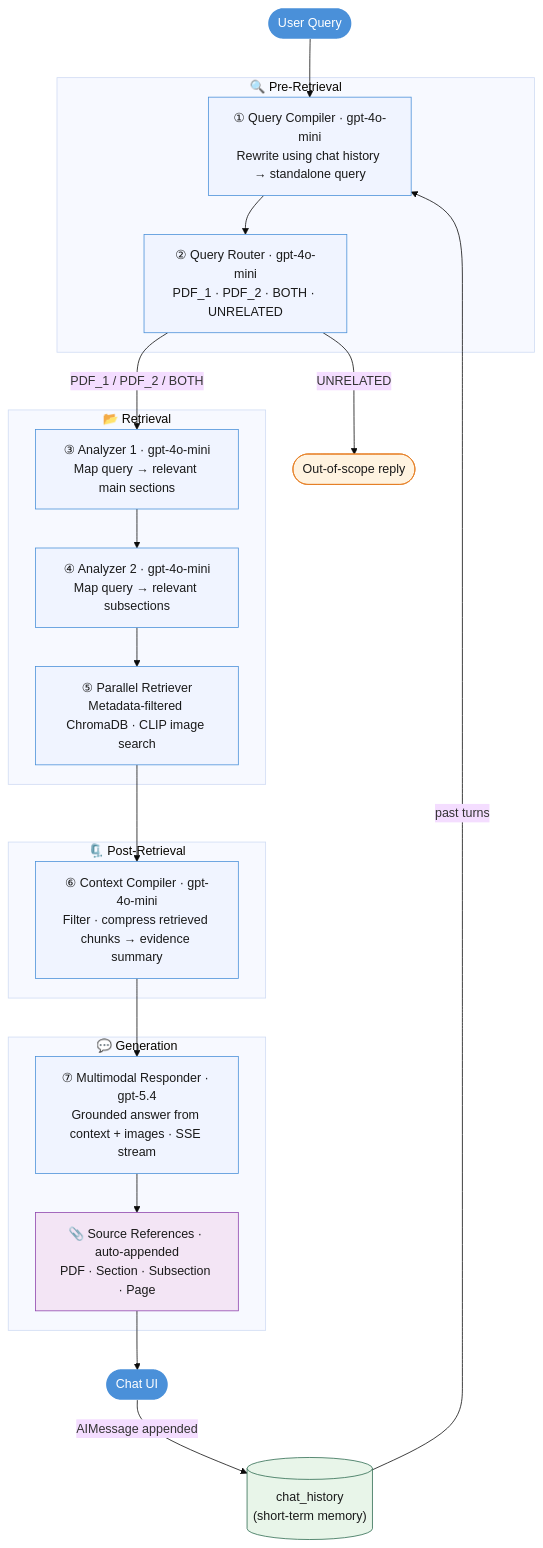
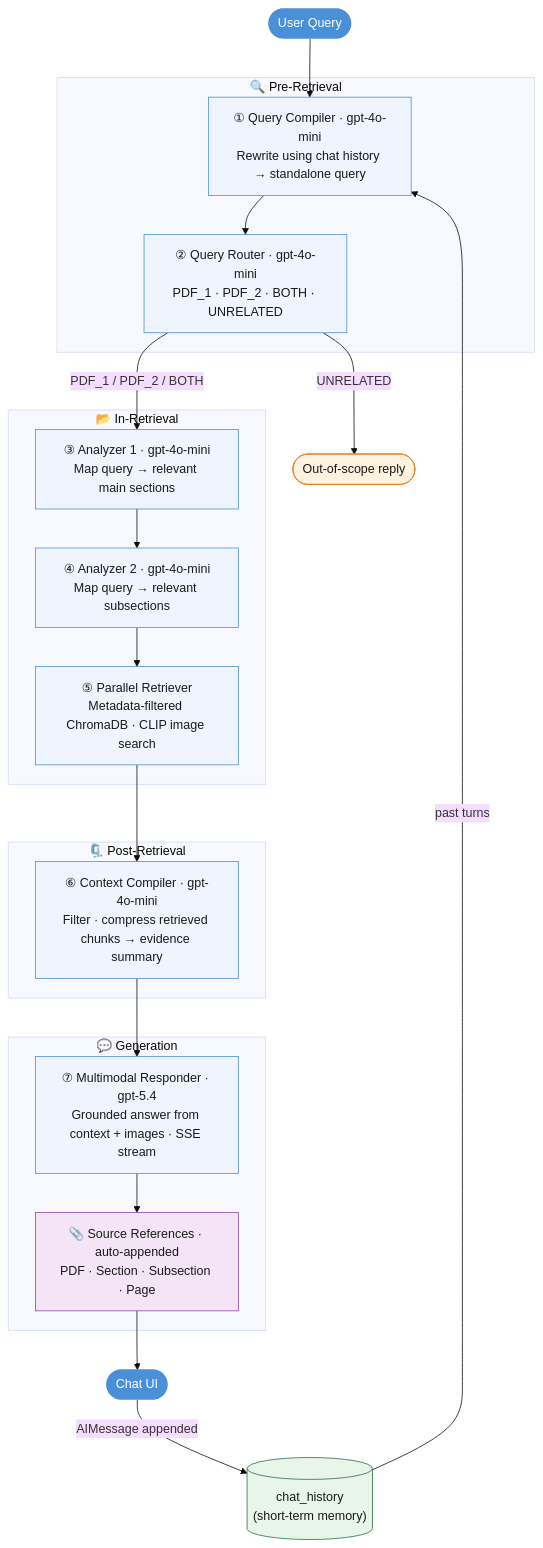
The second of 2 diagrams in README.md (qing123777/multimodal-rag-pipeline), drawn with Mermaid (base theme) before and after one commit.

````diff
--- a/README.md
+++ b/README.md
@@ -70,44 +70,44 @@
 ```mermaid
 flowchart TD
     classDef proc  fill:#f0f4ff,stroke:#4a90d9,color:#1a1a1a
     classDef store fill:#e8f5e9,stroke:#2d6a4f,color:#1a1a1a
     classDef src   fill:#4a90d9,color:#fff,stroke:none
     classDef ref   fill:#f3e5f5,stroke:#8e44ad,color:#1a1a1a
     classDef guard fill:#fff3e0,stroke:#e67e22,color:#1a1a1a
 
     U([User Query]):::src
     CH[("chat_history\n(short-term memory)")]:::store
 
     subgraph PRE["🔍 Pre-Retrieval"]
         A["① Query Compiler · gpt-4o-mini\nRewrite using chat history → standalone query"]:::proc
         B["② Query Router · gpt-4o-mini\nPDF_1 · PDF_2 · BOTH · UNRELATED"]:::proc
     end
 
-    subgraph RET["📂 Retrieval"]
+    subgraph RET["📂 In-Retrieval"]
         C["③ Analyzer 1 · gpt-4o-mini\nMap query → relevant main sections"]:::proc
         D["④ Analyzer 2 · gpt-4o-mini\nMap query → relevant subsections"]:::proc
         E["⑤ Parallel Retriever\nMetadata-filtered ChromaDB · CLIP image search"]:::proc
     end
 
     subgraph POST["🗜️ Post-Retrieval"]
         F["⑥ Context Compiler · gpt-4o-mini\nFilter · compress retrieved chunks → evidence summary"]:::proc
     end
 
     subgraph GEN["💬 Generation"]
         G["⑦ Multimodal Responder · gpt-5.4\nGrounded answer from context + images · SSE stream"]:::proc
         R["📎 Source References · auto-appended\nPDF · Section · Subsection · Page"]:::ref
     end
 
     U --> A
     CH -->|past turns| A
     A --> B
     B -->|UNRELATED| Z([Out-of-scope reply]):::guard
     B -->|"PDF_1 / PDF_2 / BOTH"| C
     C --> D
     D --> E
     E --> F
     F --> G
     G --> R
     R --> H([Chat UI]):::src
     H -->|AIMessage appended| CH
 ```
````
